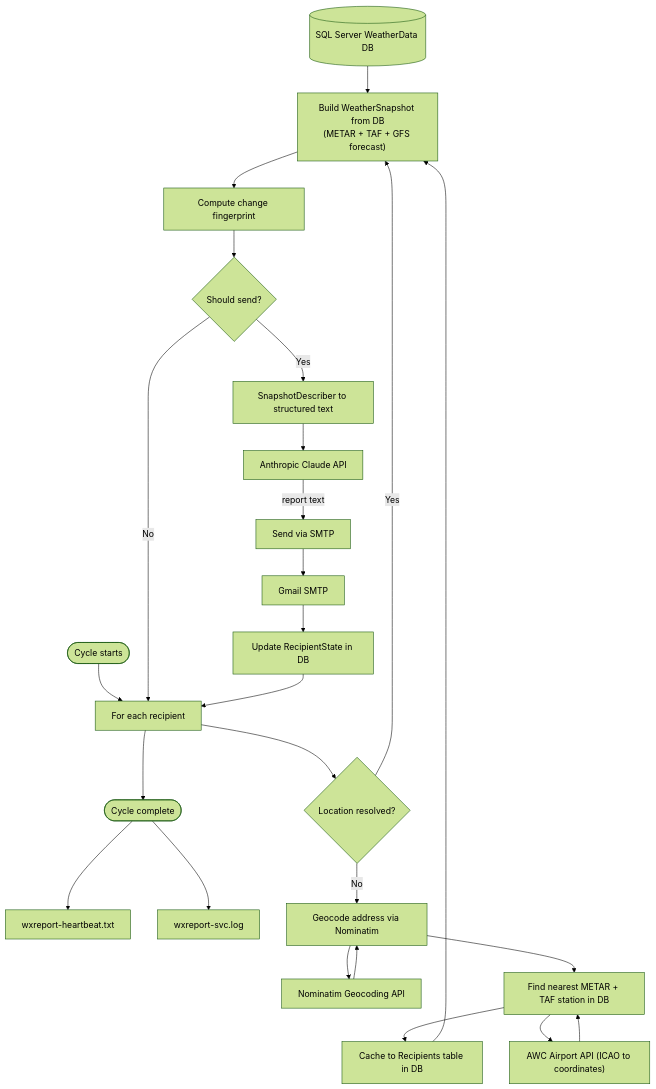
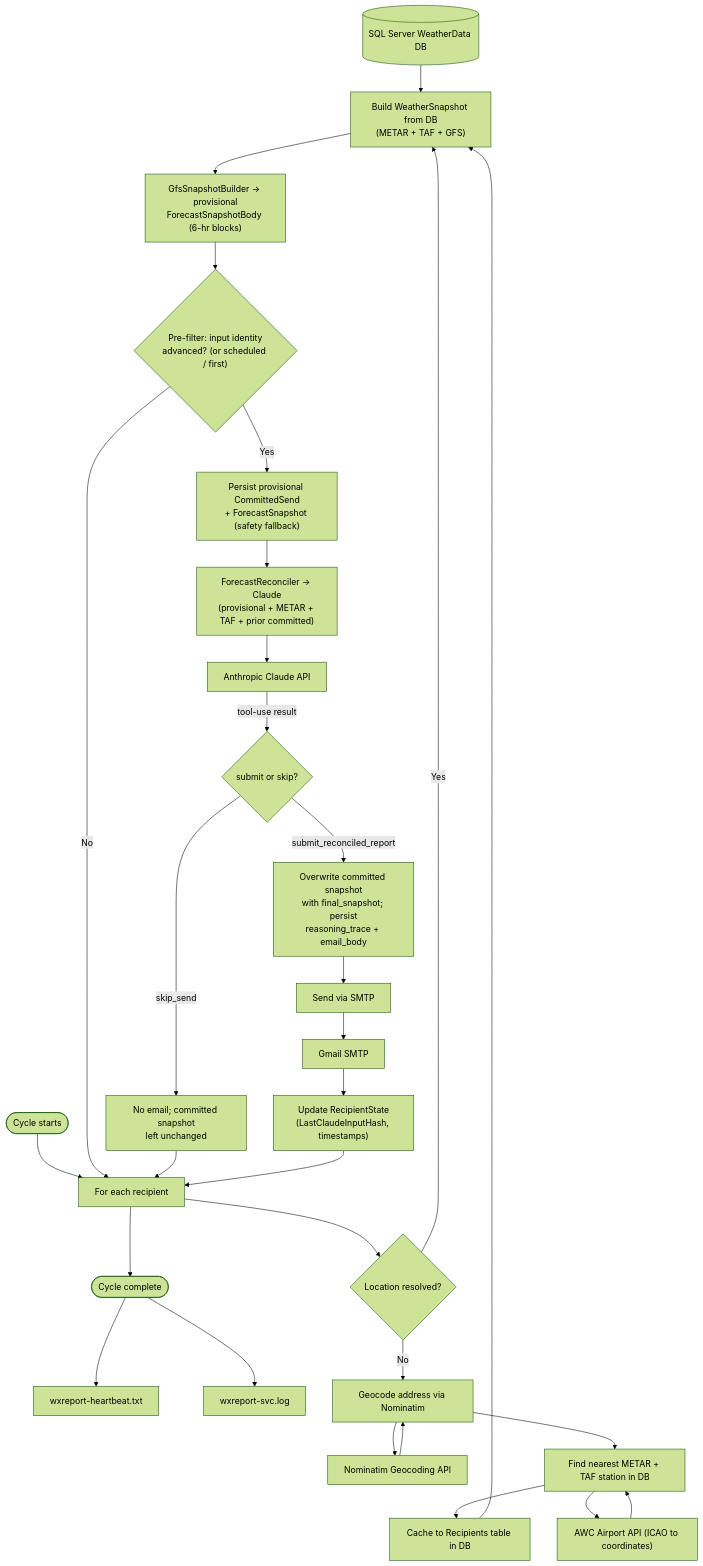
One commit to PaulHarder2/HarderWare changed the fourth of 8 diagrams in WxServices/DESIGN.md. Above: the diagram before and after it, drawn with Mermaid (forest theme). The commit also changed other lines of this file and 7 other files, not shown here.

````diff
--- a/WxServices/DESIGN.md
+++ b/WxServices/DESIGN.md
@@ -185,40 +185,45 @@
 ```mermaid
 flowchart TD
     DB[("SQL Server WeatherData DB")]
     NOM["Nominatim Geocoding API"]
     AWC2["AWC Airport API (ICAO to coordinates)"]
     CLAUDE["Anthropic Claude API"]
     SMTP["Gmail SMTP"]
     RHB["wxreport-heartbeat.txt"]
     RLOG["wxreport-svc.log"]
 
     START([Cycle starts]) --> EACH["For each recipient"]
 
     EACH --> RESOLVED{Location resolved?}
     RESOLVED -->|No| GEO["Geocode address via Nominatim"]
     GEO --> NEAREST["Find nearest METAR + TAF station in DB"]
     NEAREST --> CACHE["Cache to Recipients table in DB"]
     CACHE --> SNAP
 
-    RESOLVED -->|Yes| SNAP["Build WeatherSnapshot from DB\n(METAR + TAF + GFS forecast)"]
+    RESOLVED -->|Yes| SNAP["Build WeatherSnapshot from DB\n(METAR + TAF + GFS)"]
     DB --> SNAP
 
-    SNAP --> FP["Compute change fingerprint"]
-    FP --> SEND{Should send?}
-    SEND -->|No| EACH
-    SEND -->|Yes| DESC["SnapshotDescriber to structured text"]
-    DESC --> CLAUDE
-    CLAUDE -->|report text| EMAIL["Send via SMTP"]
+    SNAP --> PROV["GfsSnapshotBuilder → provisional\nForecastSnapshotBody (6-hr blocks)"]
+    PROV --> GATE{"Pre-filter: input identity\nadvanced? (or scheduled / first)"}
+    GATE -->|No| EACH
+    GATE -->|Yes| WRITE["Persist provisional CommittedSend\n+ ForecastSnapshot (safety fallback)"]
+    WRITE --> RECON["ForecastReconciler → Claude\n(provisional + METAR + TAF + prior committed)"]
+    RECON --> CLAUDE
+    CLAUDE -->|"tool-use result"| DECIDE{submit or skip?}
+    DECIDE -->|skip_send| NOSEND["No email; committed snapshot\nleft unchanged"]
+    NOSEND --> EACH
+    DECIDE -->|submit_reconciled_report| FINAL["Overwrite committed snapshot\nwith final_snapshot; persist\nreasoning_trace + email_body"]
+    FINAL --> EMAIL["Send via SMTP"]
     EMAIL --> SMTP
-    SMTP --> STATE["Update RecipientState in DB"]
+    SMTP --> STATE["Update RecipientState\n(LastClaudeInputHash, timestamps)"]
     STATE --> EACH
 
     EACH --> DONE([Cycle complete])
     DONE --> RHB
     DONE --> RLOG
 
     GEO --> NOM
     NOM --> GEO
     NEAREST --> AWC2
     AWC2 --> NEAREST
 ```
````
